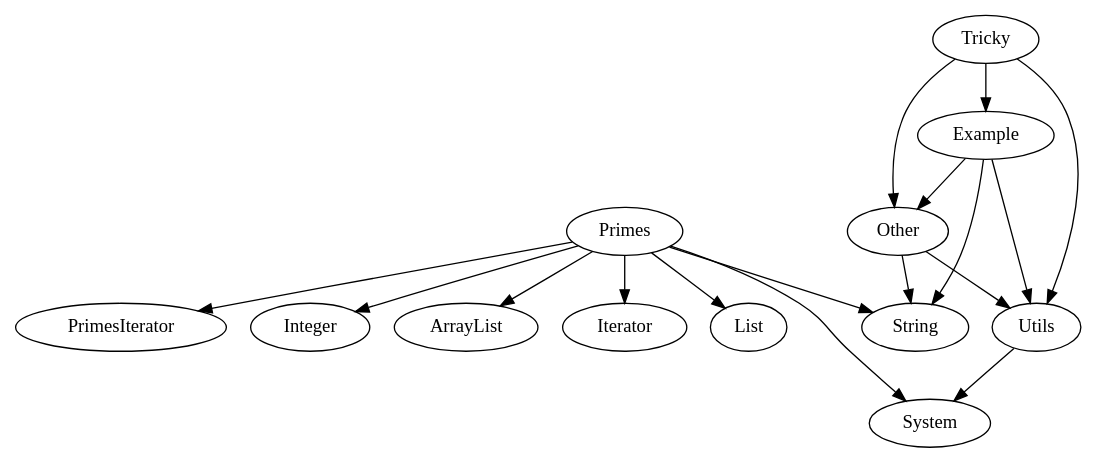
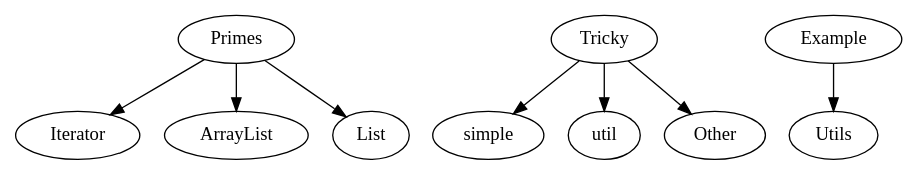
One commit to Zebzab7/programanalysis changed the diagram in graph.dot. Above: the diagram before and after it, drawn with Graphviz. The commit also changed 1 other file, not shown here.

```diff
--- a/graph.dot
+++ b/graph.dot
@@ -1,18 +1,9 @@
 digraph G {
-Primes -> PrimesIterator
-Primes -> Integer
+Primes -> Iterator
 Primes -> ArrayList
-Primes -> Iterator
 Primes -> List
-Primes -> String
-Primes -> System
-Utils -> System
-Other -> Utils
-Other -> String
+Tricky -> simple
+Tricky -> util
+Tricky -> Other
 Example -> Utils
-Example -> String
-Example -> Other
-Tricky -> Utils
-Tricky -> Example
-Tricky -> Other
 }
```
